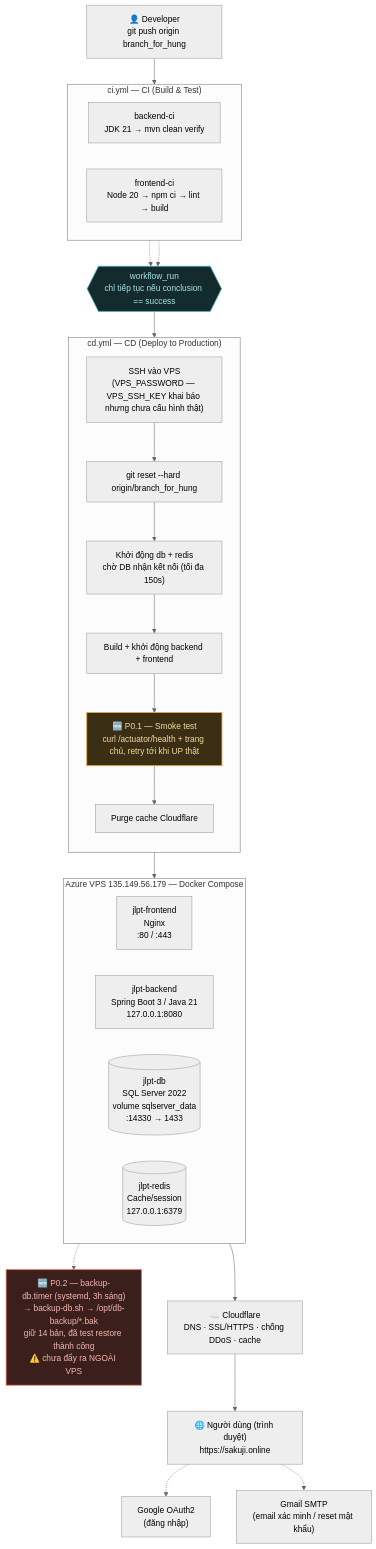
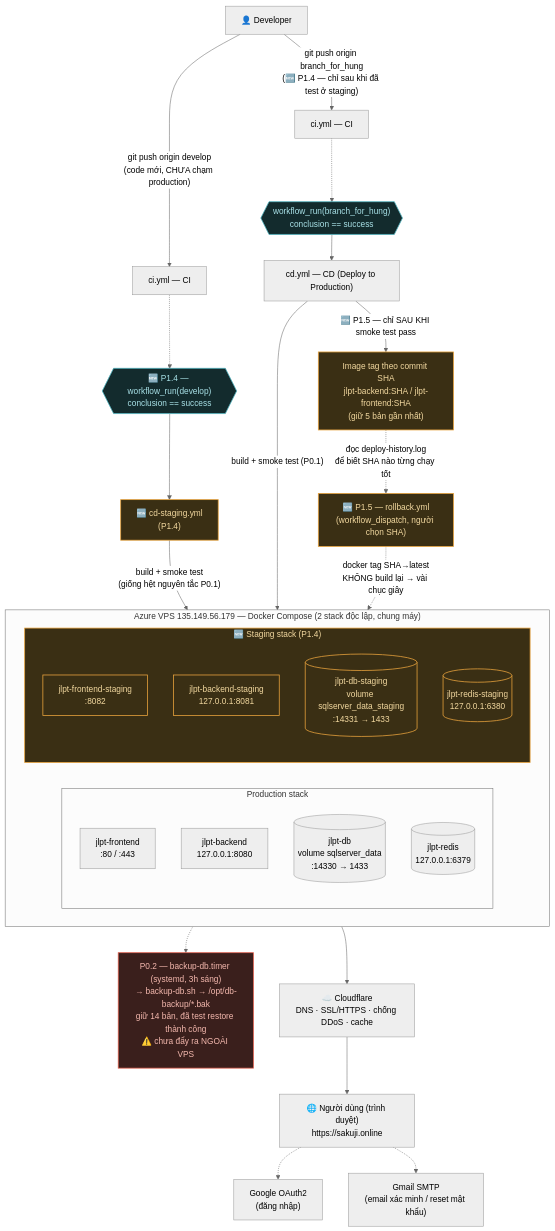
One commit to hung02042005/Japanese-Skill-Practice-Platform changed the diagram in docs/05-Deployment/Deploy_Diagram.md. Above: the diagram before and after it, drawn with Mermaid (neutral theme). The commit also changed other lines of this file and 1 other file, not shown here.

Commit message:
docs(deploy): document P1.4/P1.5/P1.6 in diagram + update progress table
Deploy_Diagram.md: expanded mermaid diagram with the staging stack, the
develop/branch_for_hung branch split, and the SHA-tag/rollback flow; added
section 4.7 (image tagging + rollback.yml) and new sections 8 (staging) and 9
(SECRETS.md) with role/function/why for each, including the 3 real bugs staging
caught on its first live run (root-only /opt, hardcoded USE JLPT_LearningDB in
V2 migration, hardcoded nginx upstream hostname).

Deploy_Improvement_Plan.md: progress table now reflects P1.4/P1.5/P1.6 as done
and verified through real GitHub Actions runs (not just manual SSH), P1.7
marked blocked on missing teammate SSH public keys rather than left as a bare
TODO.

````diff
--- a/docs/05-Deployment/Deploy_Diagram.md
+++ b/docs/05-Deployment/Deploy_Diagram.md
@@ -5,57 +5,63 @@
 ```mermaid
 flowchart TD
-    Dev["👤 Developer<br/>git push origin branch_for_hung"]
+    Dev["👤 Developer"]
 
-    subgraph CI["ci.yml — CI (Build & Test)"]
+    Dev -->|"git push origin develop<br/>(code mới, CHƯA chạm production)"| CI_S["ci.yml — CI"]
+    Dev -->|"git push origin branch_for_hung<br/>(🆕 P1.4 — chỉ sau khi đã test ở staging)"| CI_P["ci.yml — CI"]
+
+    Gate_S{{"🆕 P1.4 — workflow_run(develop)<br/>conclusion == success"}}
+    Gate_P{{"workflow_run(branch_for_hung)<br/>conclusion == success"}}
+    CI_S -.-> Gate_S
+    CI_P -.-> Gate_P
+
+    CD_S["🆕 cd-staging.yml<br/>(P1.4)"]
+    CD_P["cd.yml — CD (Deploy to Production)"]
+    Gate_S --> CD_S
+    Gate_P --> CD_P
+
+    subgraph VPS["Azure VPS 135.149.56.179 — Docker Compose (2 stack độc lập, chung máy)"]
         direction LR
-        BeCI["backend-ci<br/>JDK 21 → mvn clean verify"]
-        FeCI["frontend-ci<br/>Node 20 → npm ci → lint → build"]
+        subgraph PROD["Production stack"]
+            direction TB
+            FE["jlpt-frontend<br/>:80 / :443"]
+            BE["jlpt-backend<br/>127.0.0.1:8080"]
+            DB[("jlpt-db<br/>volume sqlserver_data<br/>:14330 → 1433")]
+            Redis[("jlpt-redis<br/>127.0.0.1:6379")]
+        end
+        subgraph STG["🆕 Staging stack (P1.4)"]
+            direction TB
+            FE_S["jlpt-frontend-staging<br/>:8082"]
+            BE_S["jlpt-backend-staging<br/>127.0.0.1:8081"]
+            DB_S[("jlpt-db-staging<br/>volume sqlserver_data_staging<br/>:14331 → 1433")]
+            Redis_S[("jlpt-redis-staging<br/>127.0.0.1:6380")]
+        end
     end
 
-    Gate{{"workflow_run<br/>chỉ tiếp tục nếu conclusion == success"}}
+    CD_S -->|"build + smoke test<br/>(giống hệt nguyên tắc P0.1)"| STG
+    CD_P -->|"build + smoke test (P0.1)"| PROD
+    CD_P -->|"🆕 P1.5 — chỉ SAU KHI smoke test pass"| Tags["Image tag theo commit SHA<br/>jlpt-backend:SHA / jlpt-frontend:SHA<br/>(giữ 5 bản gần nhất)"]
+    Rollback["🆕 P1.5 — rollback.yml<br/>(workflow_dispatch, người chọn SHA)"]
+    Tags -.->|"đọc deploy-history.log<br/>để biết SHA nào từng chạy tốt"| Rollback
+    Rollback -.->|"docker tag SHA→latest<br/>KHÔNG build lại → vài chục giây"| PROD
 
-    subgraph CD["cd.yml — CD (Deploy to Production)"]
-        direction TB
-        SSH["SSH vào VPS<br/>(VPS_PASSWORD — VPS_SSH_KEY khai báo nhưng chưa cấu hình thật)"]
-        Pull["git reset --hard origin/branch_for_hung"]
-        DbUp["Khởi động db + redis<br/>chờ DB nhận kết nối (tối đa 150s)"]
-        BeUp["Build + khởi động backend + frontend"]
-        Smoke["🆕 P0.1 — Smoke test<br/>curl /actuator/health + trang chủ, retry tới khi UP thật"]
-        Purge["Purge cache Cloudflare"]
-        SSH --> Pull --> DbUp --> BeUp --> Smoke --> Purge
-    end
-
-    subgraph VPS["Azure VPS 135.149.56.179 — Docker Compose"]
-        direction LR
-        FE["jlpt-frontend<br/>Nginx<br/>:80 / :443"]
-        BE["jlpt-backend<br/>Spring Boot 3 / Java 21<br/>127.0.0.1:8080"]
-        DB[("jlpt-db<br/>SQL Server 2022<br/>volume sqlserver_data<br/>:14330 → 1433")]
-        Redis[("jlpt-redis<br/>Cache/session<br/>127.0.0.1:6379")]
-    end
-
-    Backup["🆕 P0.2 — backup-db.timer (systemd, 3h sáng)<br/>→ backup-db.sh → /opt/db-backup/*.bak<br/>giữ 14 bản, đã test restore thành công<br/>⚠️ chưa đẩy ra NGOÀI VPS"]
+    Backup["P0.2 — backup-db.timer (systemd, 3h sáng)<br/>→ backup-db.sh → /opt/db-backup/*.bak<br/>giữ 14 bản, đã test restore thành công<br/>⚠️ chưa đẩy ra NGOÀI VPS"]
 
     CF["☁️ Cloudflare<br/>DNS · SSL/HTTPS · chống DDoS · cache"]
 
     Users["🌐 Người dùng (trình duyệt)<br/>https://sakuji.online"]
     Google["Google OAuth2<br/>(đăng nhập)"]
     SMTP["Gmail SMTP<br/>(email xác minh / reset mật khẩu)"]
 
-    Dev --> CI
-    BeCI -.-> Gate
-    FeCI -.-> Gate
-    Gate --> CD
-    CD --> VPS
-    VPS -.-> Backup
-    VPS --> CF
+    PROD -.-> Backup
+    PROD --> CF
     CF --> Users
     Users -.-> Google
     Users -.-> SMTP
 
     classDef new fill:#3a2f14,stroke:#e8a33d,color:#f3d9a0,stroke-width:1.5px;
     classDef risk fill:#3a1f1c,stroke:#e2604f,color:#f4b8ae,stroke-width:1.5px;
     classDef gate fill:#132b2d,stroke:#4fb3bf,color:#a9e2e8,stroke-width:1.5px;
-    class Smoke new;
+    class CD_S,Tags,Rollback,STG,FE_S,BE_S,DB_S,Redis_S new;
     class Backup risk;
-    class Gate gate;
+    class Gate_S,Gate_P gate;
 ```
````
